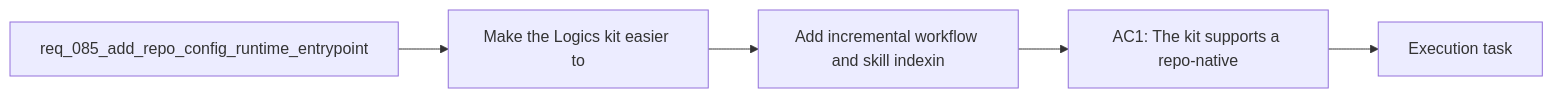
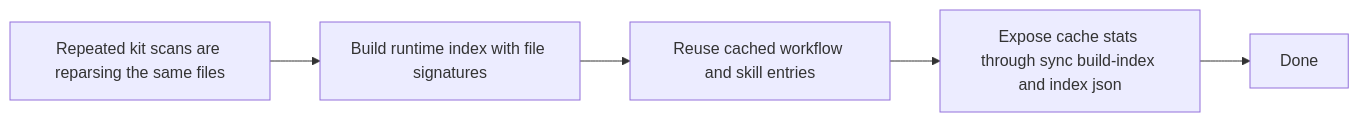
Before and after one commit to AlexAgo83/logics-manager: the diagram in logics/backlog/item_132_add_incremental_workflow_and_skill_indexing_for_repeated_kit_operations.md, drawn with Mermaid. The commit also changed other lines of this file and 7 other files, not shown here.

Commit message:
Finish req_085 runtime delivery and close task_097

````diff
--- a/logics/backlog/item_132_add_incremental_workflow_and_skill_indexing_for_repeated_kit_operations.md
+++ b/logics/backlog/item_132_add_incremental_workflow_and_skill_indexing_for_repeated_kit_operations.md
@@ -22,9 +25,9 @@
 ```mermaid
 %% logics-kind: backlog
-%% logics-signature: backlog|add-incremental-workflow-and-skill-index|req-082-strengthen-logics-kit-primitives|make-the-logics-kit-easier-to|ac1-the-kit-supports-a-repo-native
+%% logics-signature: backlog|add-incremental-workflow-and-skill-index|req-085-add-repo-config-runtime-entrypoi|repeated-context-graph-registry-doctor-b|ac1-a-runtime-index-exists-for
 flowchart LR
-    Request[req_085_add_repo_config_runtime_entrypoint] --> Problem[Make the Logics kit easier to]
-    Problem --> Scope[Add incremental workflow and skill indexin]
-    Scope --> Acceptance[AC1: The kit supports a repo-native]
-    Acceptance --> Tasks[Execution task]
+    Need[Repeated kit scans are reparsing the same files] --> Index[Build runtime index with file signatures]
+    Index --> Reuse[Reuse cached workflow and skill entries]
+    Reuse --> Inspect[Expose cache stats through sync build-index and index json]
+    Inspect --> Done[Done]
 ```
````
